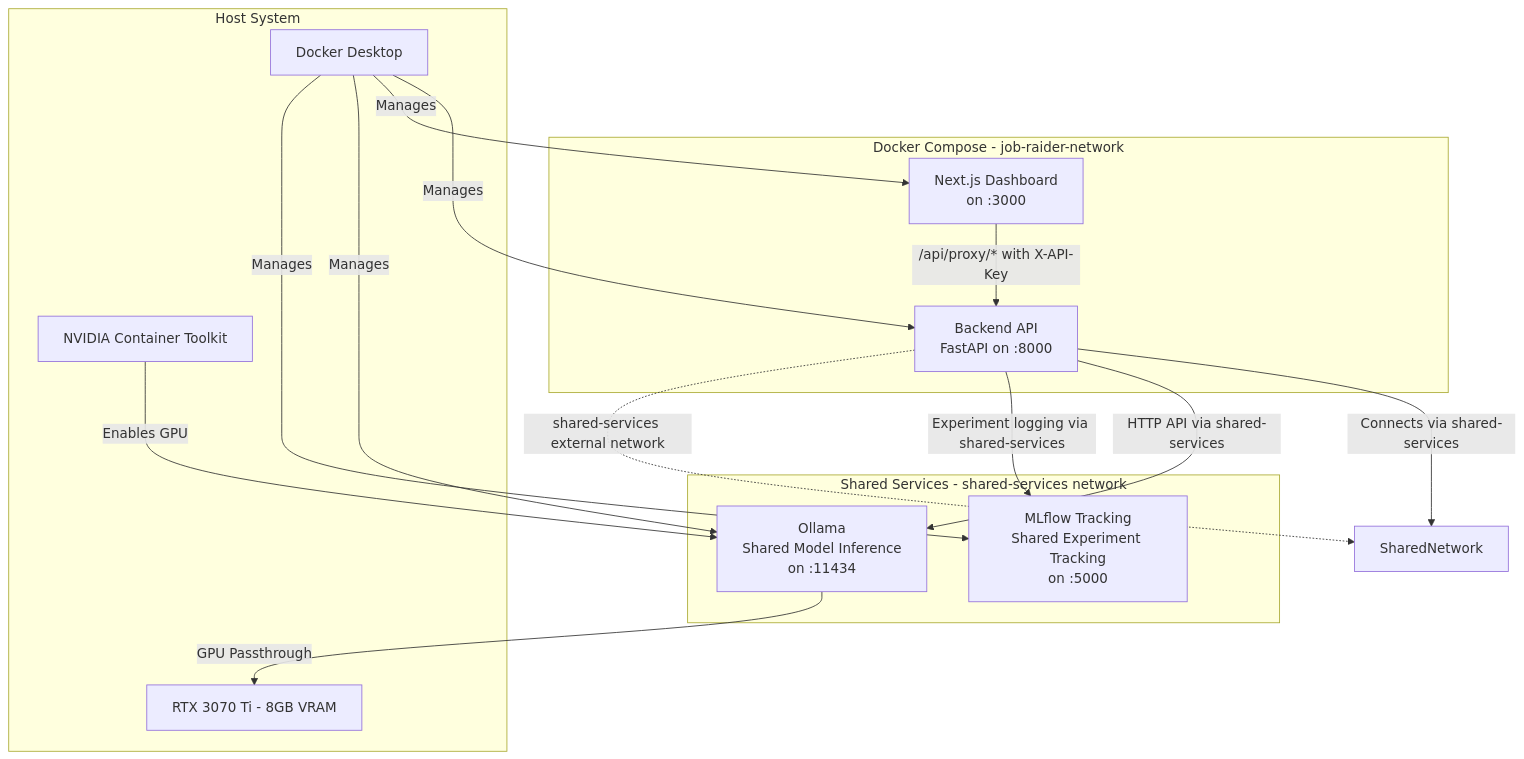
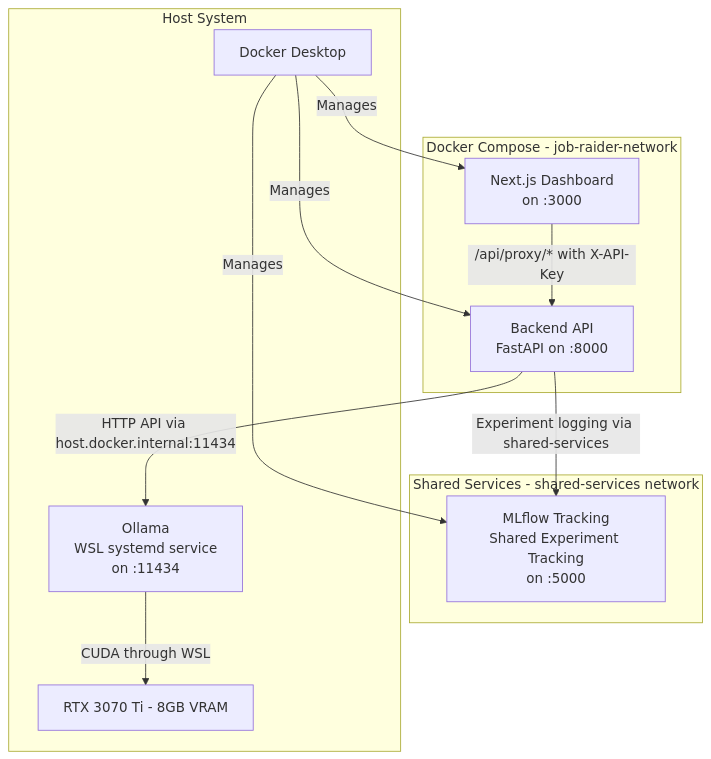
Before and after one commit to neoncircuit/job-raider: diagram 15 of 16 in docs/architecture.md, drawn with Mermaid. The commit also changed other lines of this file and 1 other file, not shown here.

First line of the commit message:
docs: run one Ollama per machine, the WSL service

````diff
--- a/docs/architecture.md
+++ b/docs/architecture.md
@@ -757,32 +757,25 @@
 ```mermaid
 graph TB
     subgraph "Docker Compose - job-raider-network"
         Backend[Backend API<br/>FastAPI on :8000]
         Frontend[Next.js Dashboard<br/>on :3000]
     end
     
-    Backend -->|Connects via shared-services| SharedNetwork
-    
     subgraph "Shared Services - shared-services network"
-        Ollama[Ollama<br/>Shared Model Inference<br/>on :11434]
         MLflow[MLflow Tracking<br/>Shared Experiment Tracking<br/>on :5000]
     end
     
     subgraph "Host System"
         DockerDesktop[Docker Desktop]
-        NVIDIAToolkit[NVIDIA Container Toolkit]
+        Ollama[Ollama<br/>WSL systemd service<br/>on :11434]
         GPU[RTX 3070 Ti - 8GB VRAM]
     end
     
     Frontend -->|/api/proxy/* with X-API-Key| Backend
-    Backend -->|HTTP API via shared-services| Ollama
+    Backend -->|HTTP API via host.docker.internal:11434| Ollama
     Backend -->|Experiment logging via shared-services| MLflow
-    Ollama -->|GPU Passthrough| GPU
-    NVIDIAToolkit -->|Enables GPU| Ollama
+    Ollama -->|CUDA through WSL| GPU
     DockerDesktop -->|Manages| Backend
     DockerDesktop -->|Manages| Frontend
-    DockerDesktop -->|Manages| Ollama
     DockerDesktop -->|Manages| MLflow
-    
-    Backend -.->|shared-services external network| SharedNetwork
 ```
````
